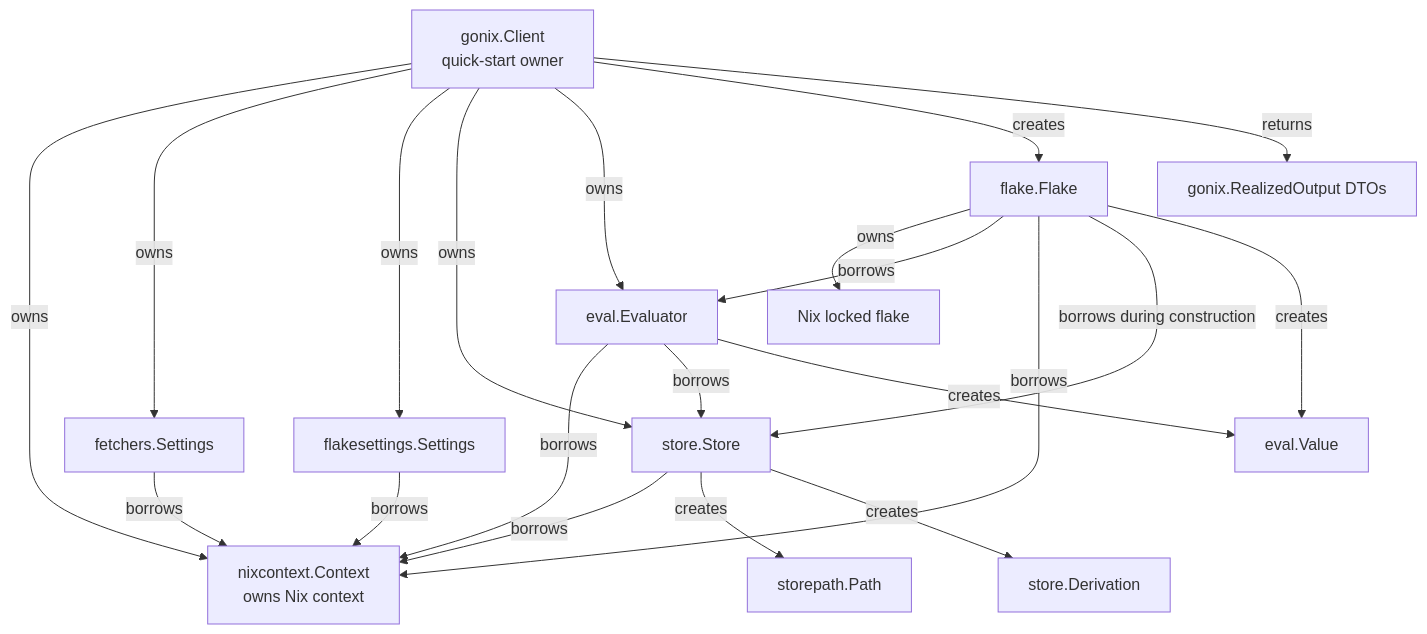
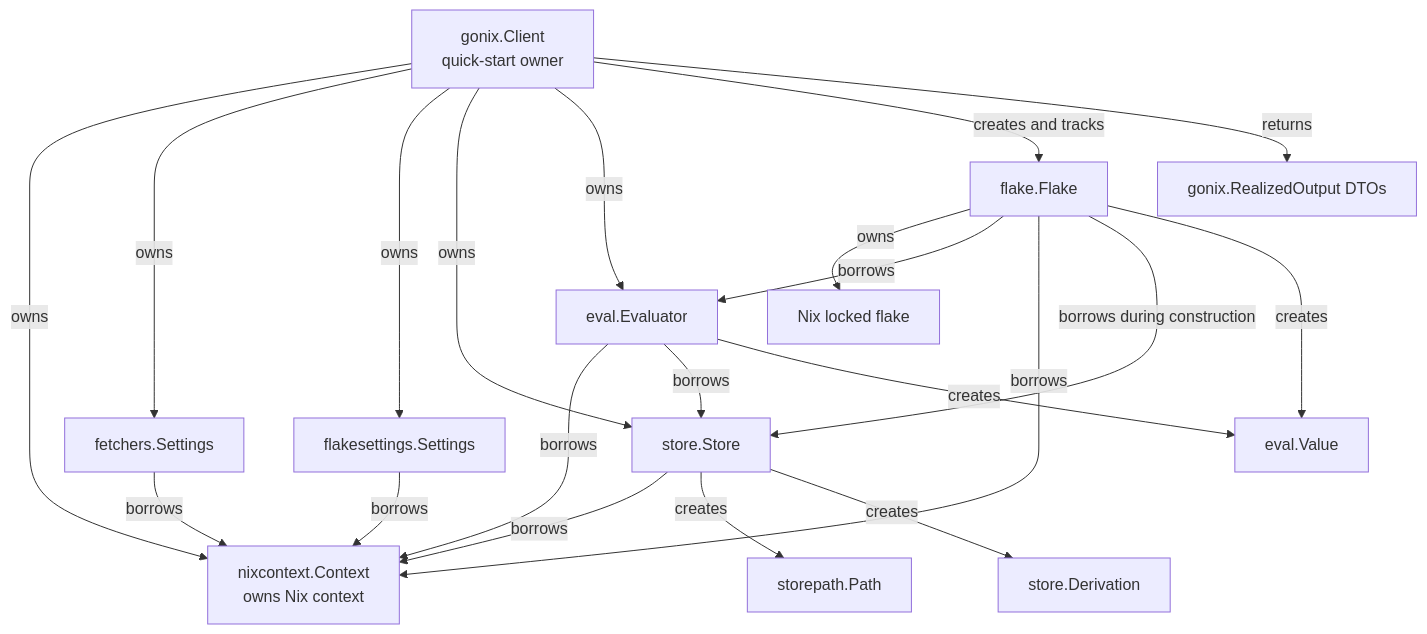
Before and after one commit to sund3RRR/gonix: the diagram in docs/architecture.md, drawn with Mermaid. The commit also changed other lines of this file and 12 other files, not shown here.

````diff
--- a/docs/architecture.md
+++ b/docs/architecture.md
@@ -187,39 +199,39 @@
 ```mermaid
 flowchart TD
     Context["nixcontext.Context\nowns Nix context"]
     Client["gonix.Client\nquick-start owner"]
     Fetchers["fetchers.Settings"]
     FlakeSettings["flakesettings.Settings"]
     Store["store.Store"]
     Eval["eval.Evaluator"]
     Flake["flake.Flake"]
     LockedFlake["Nix locked flake"]
     Value["eval.Value"]
     Path["storepath.Path"]
     Derivation["store.Derivation"]
     Outputs["gonix.RealizedOutput DTOs"]
 
     Client -->|owns| Context
     Client -->|owns| Fetchers
     Client -->|owns| FlakeSettings
     Client -->|owns| Store
     Client -->|owns| Eval
-    Client -->|creates| Flake
+    Client -->|creates and tracks| Flake
 
     Fetchers -->|borrows| Context
     FlakeSettings -->|borrows| Context
     Store -->|borrows| Context
     Eval -->|borrows| Context
     Eval -->|borrows| Store
 
     Flake -->|owns| LockedFlake
     Flake -->|borrows| Eval
     Flake -->|borrows| Context
     Flake -->|borrows during construction| Store
     Flake -->|creates| Value
 
     Eval -->|creates| Value
     Store -->|creates| Path
     Store -->|creates| Derivation
     Client -->|returns| Outputs
 ```
````
